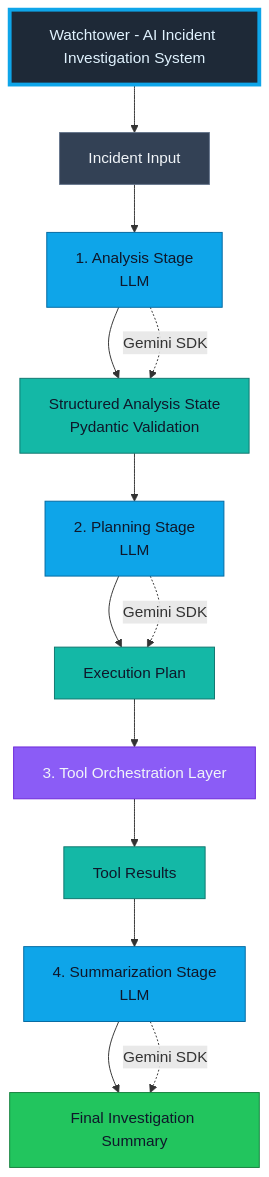
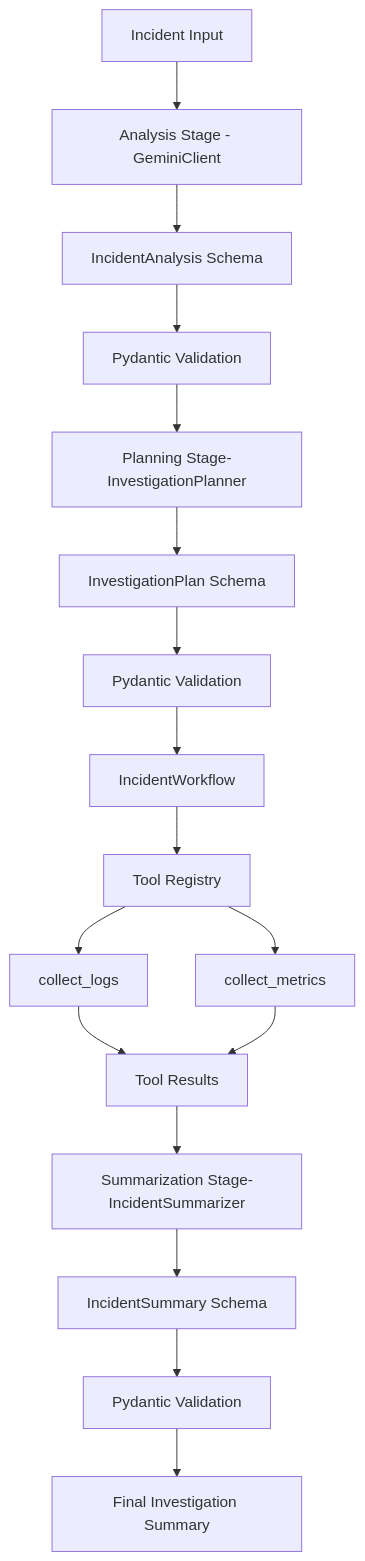
One commit to Raktabhbhattacharjee/watchtower changed the diagram in flowchart TD.mmd. Above: the diagram before and after it, drawn with Mermaid. The commit also changed 1 other file, not shown here.

```diff
--- a/flowchart TD.mmd
+++ b/flowchart TD.mmd
@@ -1,30 +1,17 @@
 flowchart TD
-    Title[Watchtower - AI Incident Investigation System]
-
-    Title --> A[Incident Input]
-    A --> B[1. Analysis Stage\nLLM]
-    B --> C[Structured Analysis State\nPydantic Validation]
-    C --> D[2. Planning Stage\nLLM]
-    D --> E[Execution Plan]
-    E --> F[3. Tool Orchestration Layer]
-    F --> G[Tool Results]
-    G --> H[4. Summarization Stage\nLLM]
-    H --> I[Final Investigation Summary]
-
-    classDef title fill:#1E2937,stroke:#0EA5E9,stroke-width:4px,color:#E0F2FE
-    classDef input fill:#334155,stroke:#64748B,color:#F1F5F9
-    classDef llm fill:#0EA5E9,stroke:#0369A1,color:#0F172A
-    classDef state fill:#14B8A6,stroke:#0F766E,color:#0F172A
-    classDef tools fill:#8B5CF6,stroke:#6D28D9,color:#F1F5F9
-    classDef final fill:#22C55E,stroke:#15803D,color:#0F172A
-
-    class Title title
-    class A input
-    class B,D,H llm
-    class C,E,G state
-    class F tools
-    class I final
-
-    B -. "Gemini SDK" .-> C
-    D -. "Gemini SDK" .-> E
-    H -. "Gemini SDK" .-> I
+    A[Incident Input] --> B[Analysis Stage - GeminiClient]
+    B --> C[IncidentAnalysis Schema]
+    C --> D[Pydantic Validation]
+    D --> E[Planning Stage-InvestigationPlanner]
+    E --> F[InvestigationPlan Schema]
+    F --> G[Pydantic Validation]
+    G --> H[IncidentWorkflow]
+    H --> I[Tool Registry]
+    I --> J[collect_logs]
+    I --> K[collect_metrics]
+    J --> L[Tool Results]
+    K --> L
+    L --> M[Summarization Stage-IncidentSummarizer]
+    M --> N[IncidentSummary Schema]
+    N --> O[Pydantic Validation]
+    O --> P[Final Investigation Summary]
```
